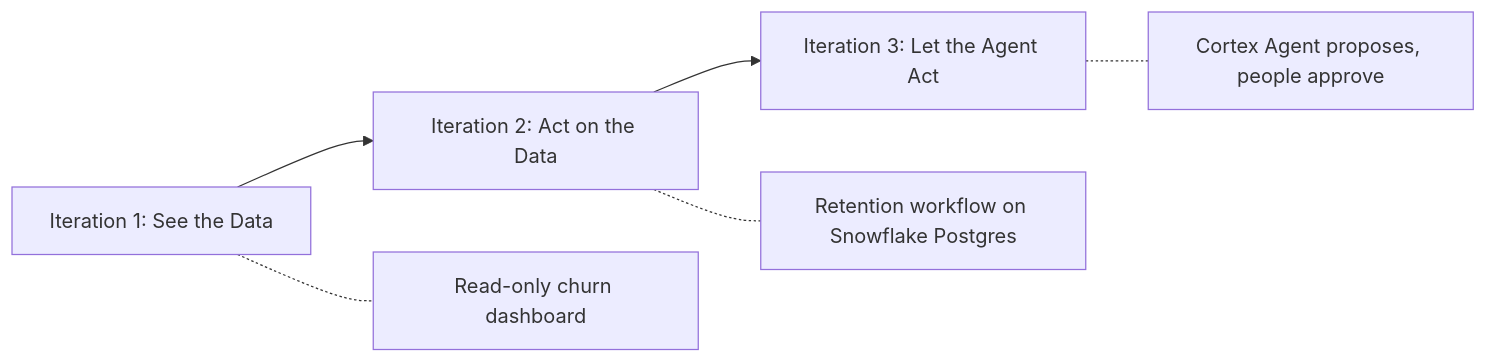
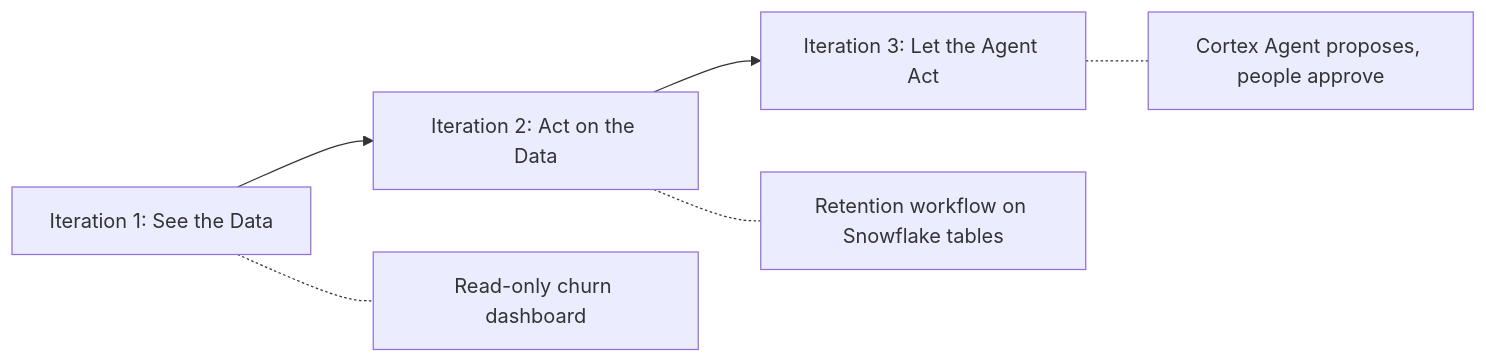
Before and after one commit to Snowflake-Labs/sfguide-build-full-stack-apps-with-snowflake-app-runtime: the first of 3 diagrams in README.md, drawn with Mermaid. The commit also changed other lines of this file and 2 other files, not shown here.

````diff
--- a/README.md
+++ b/README.md
@@ -27,8 +27,8 @@
 ```mermaid
 flowchart LR
   explore["Iteration 1: See the Data"] --> act["Iteration 2: Act on the Data"]
   act --> agent["Iteration 3: Let the Agent Act"]
   explore -.- e1["Read-only churn dashboard"]
-  act -.- a1["Retention workflow on Snowflake Postgres"]
+  act -.- a1["Retention workflow on Snowflake tables"]
   agent -.- g1["Cortex Agent proposes, people approve"]
 ```
````
